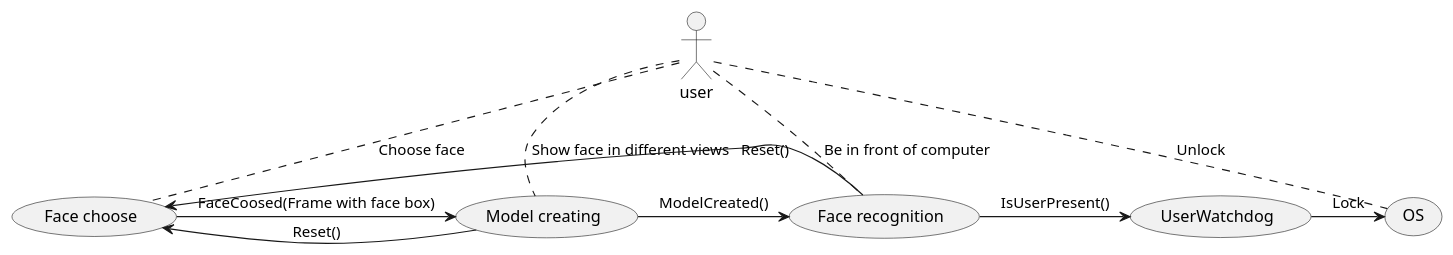
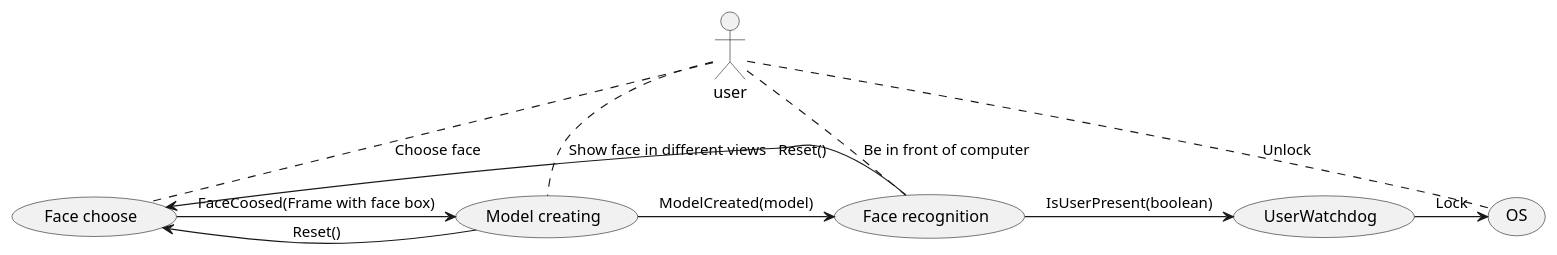
Before and after one commit to alexkutsan/FaceLocker: the diagram in doc/assets/components_activities.puml, drawn with PlantUML.

Commit message:
Fix diagramm

```diff
--- a/doc/assets/components_activities.puml
+++ b/doc/assets/components_activities.puml
@@ -1,21 +1,21 @@
 @startuml
 (Face choose) as FC
 (Model creating) as MC
 (Face recognition) as FR
 (UserWatchdog) as UW
 (OS) as OS
 
 actor user 
 user .. FC : Choose face
 user .. MC : Show face in different views
 user .. FR : Be in front of computer
 user .. OS : Unlock
 
 FC -> MC : FaceCoosed(Frame with face box)
 MC -> FC : Reset()
-MC -> FR : ModelCreated()
+MC -> FR : ModelCreated(model)
 FR -> FC : Reset()
-FR -> UW : IsUserPresent()
+FR -> UW : IsUserPresent(boolean)
 UW -> OS : Lock
 
 @enduml
```
